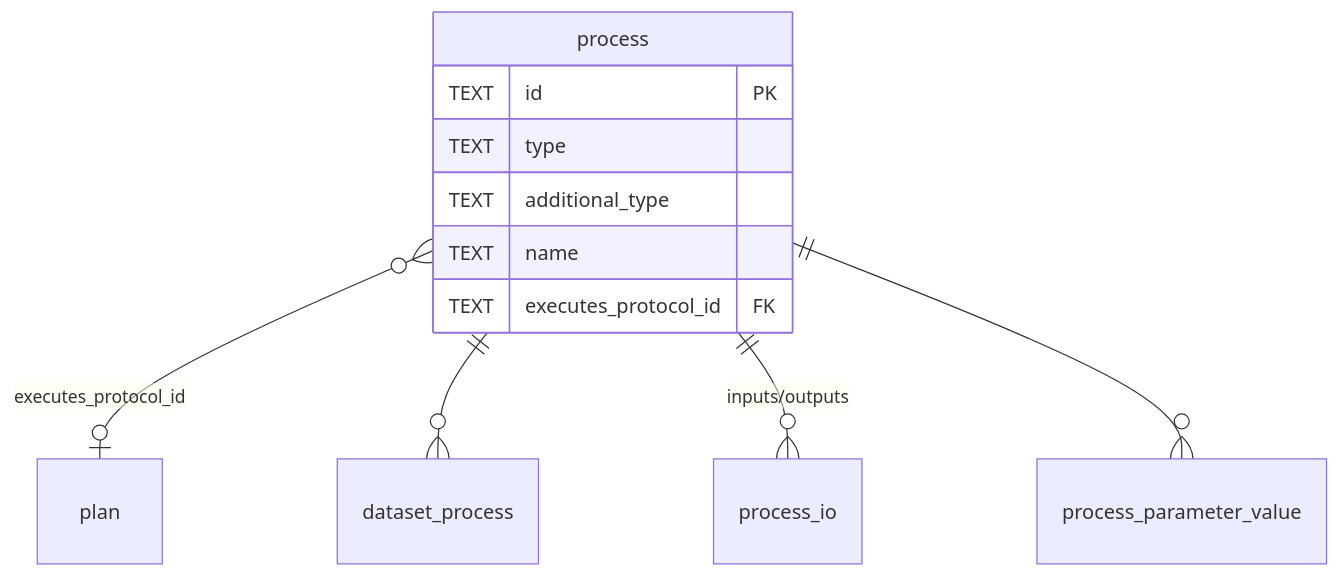
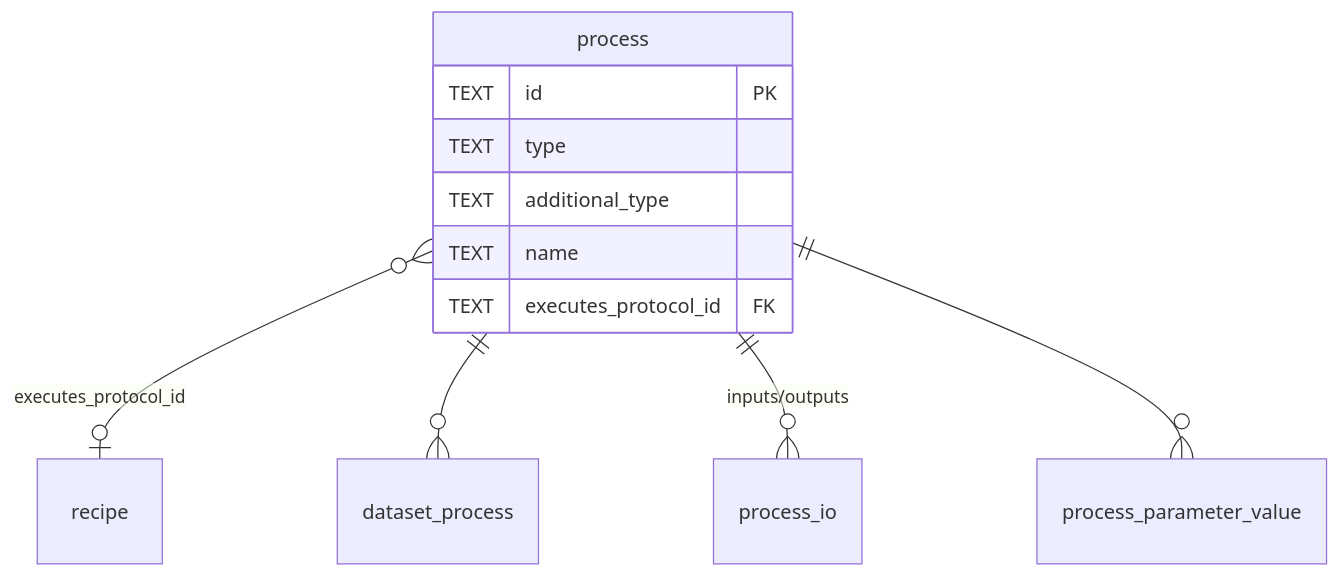
Before and after one commit to HLWeil/ProcessCore: the sixth of 18 diagrams in schemas/sql/design.md, drawn with Mermaid. The commit also changed other lines of this file and 71 other files, not shown here.

Commit message:
rename plan to recipe

````diff
--- a/schemas/sql/design.md
+++ b/schemas/sql/design.md
@@ -204,14 +204,14 @@
 ```mermaid
 erDiagram
     process {
         TEXT id PK
         TEXT type
         TEXT additional_type
         TEXT name
         TEXT executes_protocol_id FK
     }
-    process }o--o| plan : "executes_protocol_id"
+    process }o--o| recipe : "executes_protocol_id"
     process ||--o{ dataset_process : ""
     process ||--o{ process_io : "inputs/outputs"
     process ||--o{ process_parameter_value : ""
 ```
````
